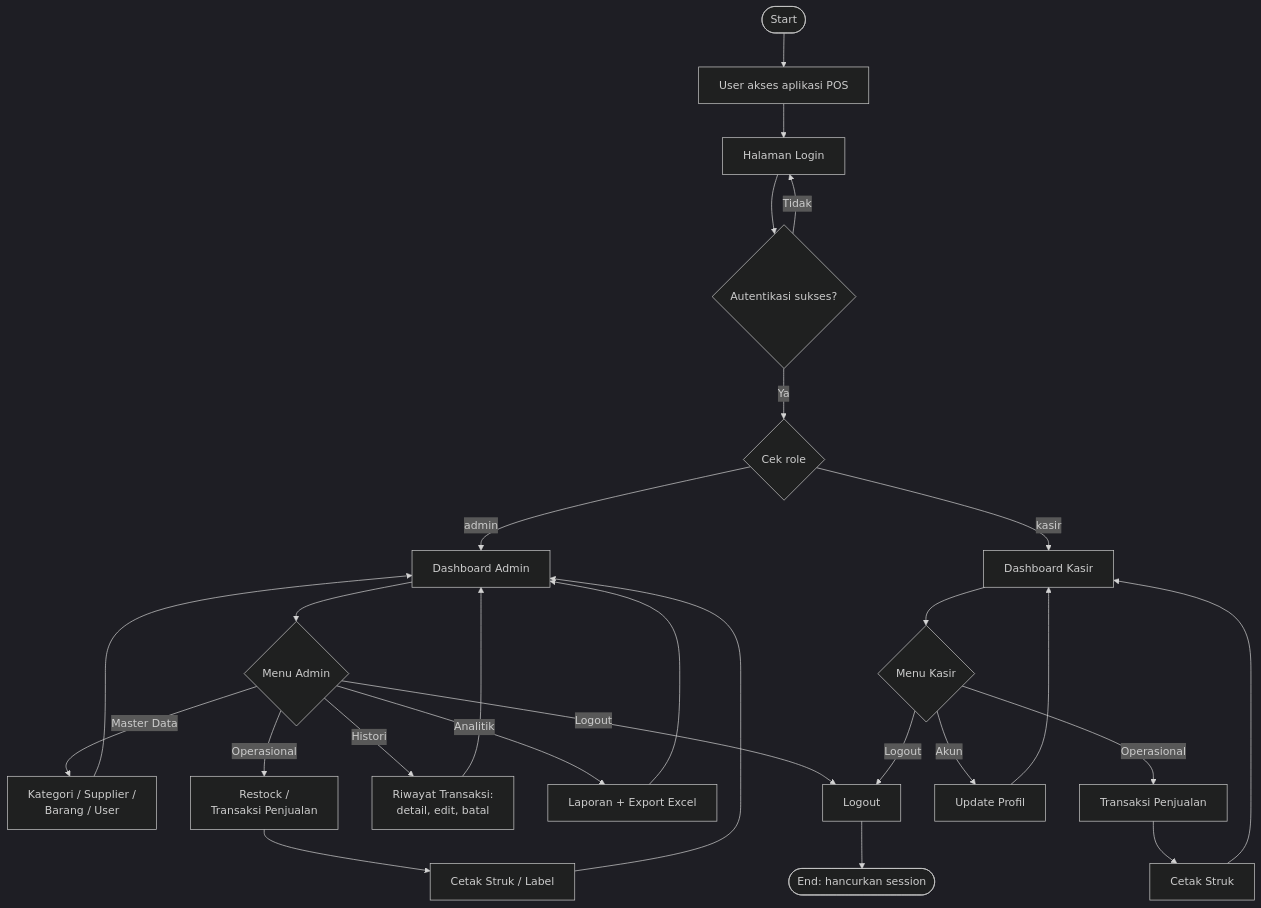
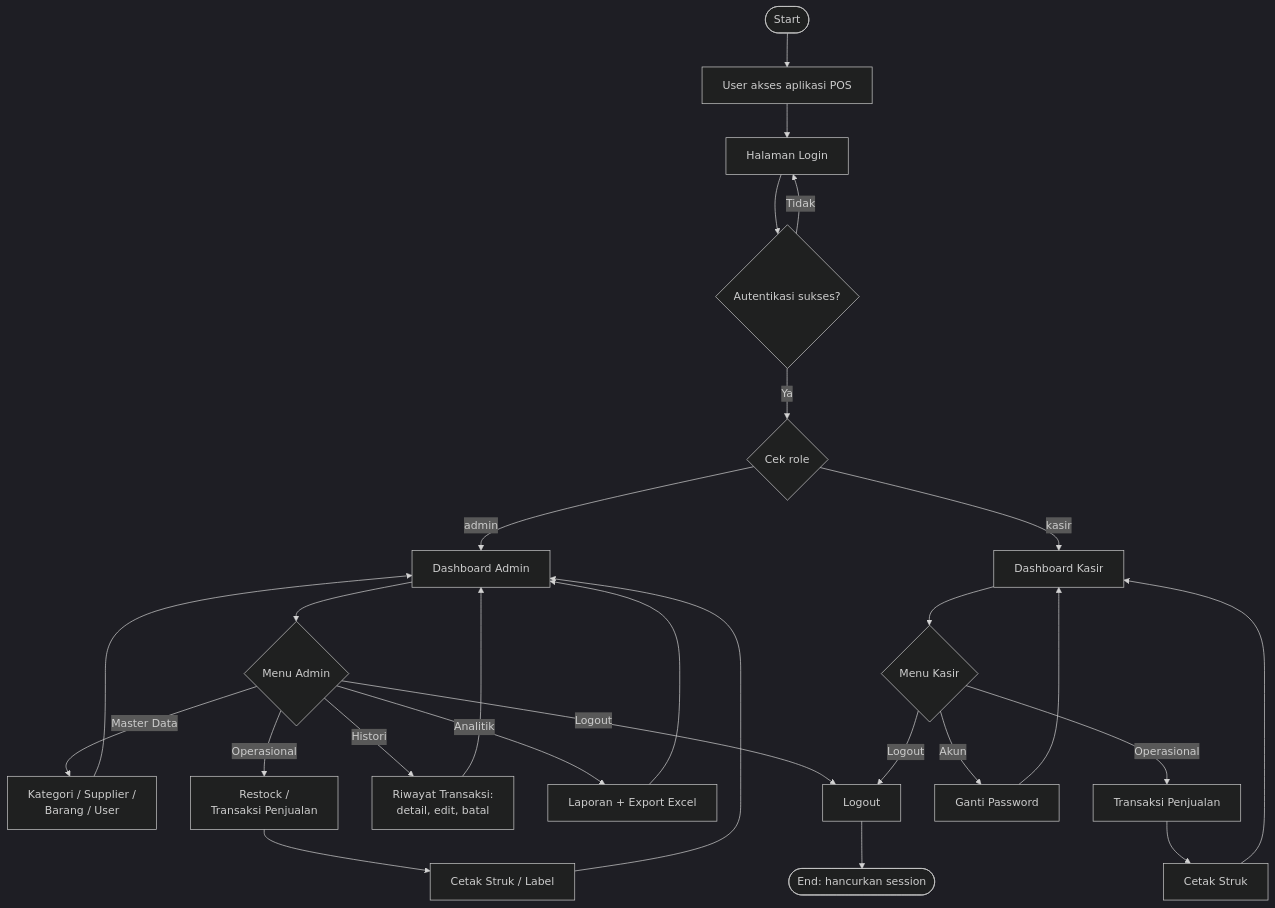
The first of 17 diagrams in docs/01-flowchart.md (wiistore/fix-project), drawn with Mermaid (dark theme) before and after one commit. The commit also changed other lines of this file and 1 other file, not shown here.

First line of the commit message:
docs: fix profil kasir - hanya ganti password, tanpa edit username/email

````diff
--- a/docs/01-flowchart.md
+++ b/docs/01-flowchart.md
@@ -36,33 +36,33 @@
 ```mermaid
 flowchart TD
     A([Start]) --> B[User akses aplikasi POS]
     B --> C[Halaman Login]
     C --> D{Autentikasi sukses?}
     D -- Tidak --> C
     D -- Ya --> E{Cek role}
 
     E -- admin --> ADM[Dashboard Admin]
     E -- kasir --> KSR[Dashboard Kasir]
 
     ADM --> ADMM{Menu Admin}
     ADMM -- Master Data --> MD[Kategori / Supplier /<br/>Barang / User]
     ADMM -- Operasional --> OP[Restock /<br/>Transaksi Penjualan]
     ADMM -- Histori --> HS[Riwayat Transaksi:<br/>detail, edit, batal]
     ADMM -- Analitik --> LP[Laporan + Export Excel]
     ADMM -- Logout --> LO[Logout]
 
     KSR --> KSRM{Menu Kasir}
     KSRM -- Operasional --> KOP[Transaksi Penjualan]
-    KSRM -- Akun --> KP[Update Profil]
+    KSRM -- Akun --> KP[Ganti Password]
     KSRM -- Logout --> LO
 
     MD --> ADM
     OP --> OPS[Cetak Struk / Label] --> ADM
     HS --> ADM
     LP --> ADM
 
     KOP --> KOPS[Cetak Struk] --> KSR
     KP --> KSR
 
     LO --> Z([End: hancurkan session])
 ```
````
